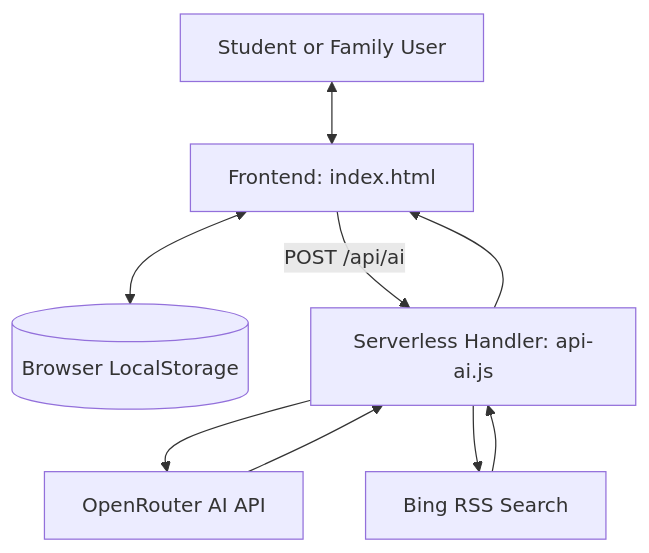
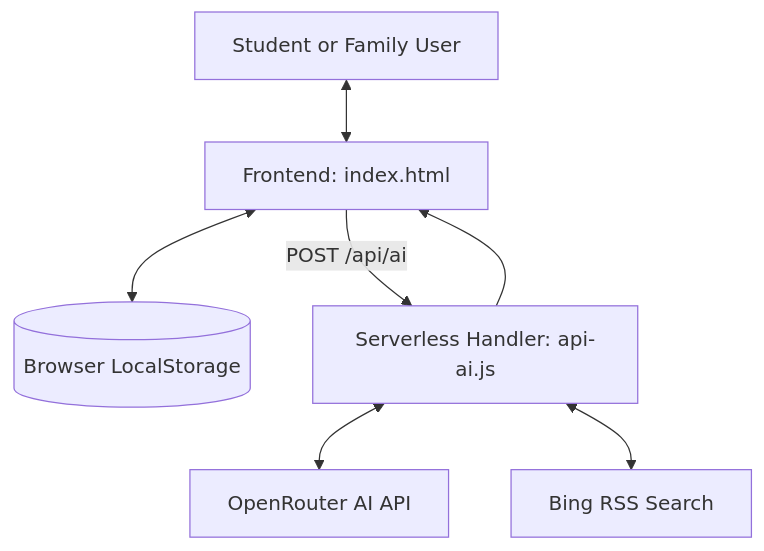
The second of 2 diagrams in README.md (PrinceJ18/CareerMitra), drawn with Mermaid before and after one commit. The commit also changed other lines of this file, not shown here.

````diff
--- a/README.md
+++ b/README.md
@@ -249,18 +293,16 @@
 ```mermaid
 flowchart TB
     U[Student or Family User]
     FE[Frontend: index.html]
-    LS[(Browser LocalStorage)]
+    DB[(Browser LocalStorage)]
     API[Serverless Handler: api-ai.js]
-    OR[OpenRouter AI API]
-    BING[Bing RSS Search]
+    AI[OpenRouter AI API]
+    WEB[Bing RSS Search]
 
     U <--> FE
-    FE <--> LS
+    FE <--> DB
     FE -->|POST /api/ai| API
-    API --> OR
-    OR --> API
-    API --> BING
-    BING --> API
+    API <--> AI
+    API <--> WEB
     API --> FE
 ```
````
